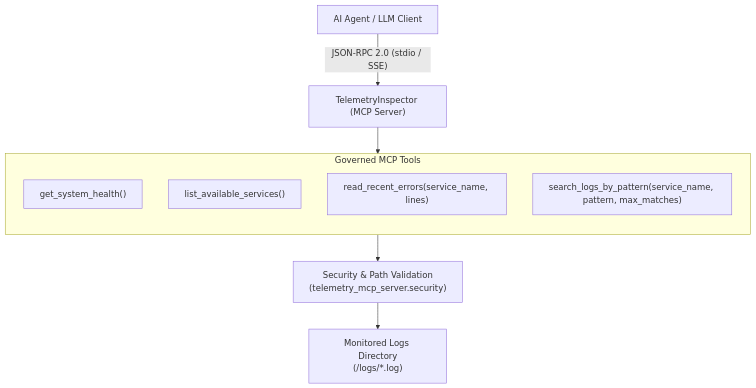
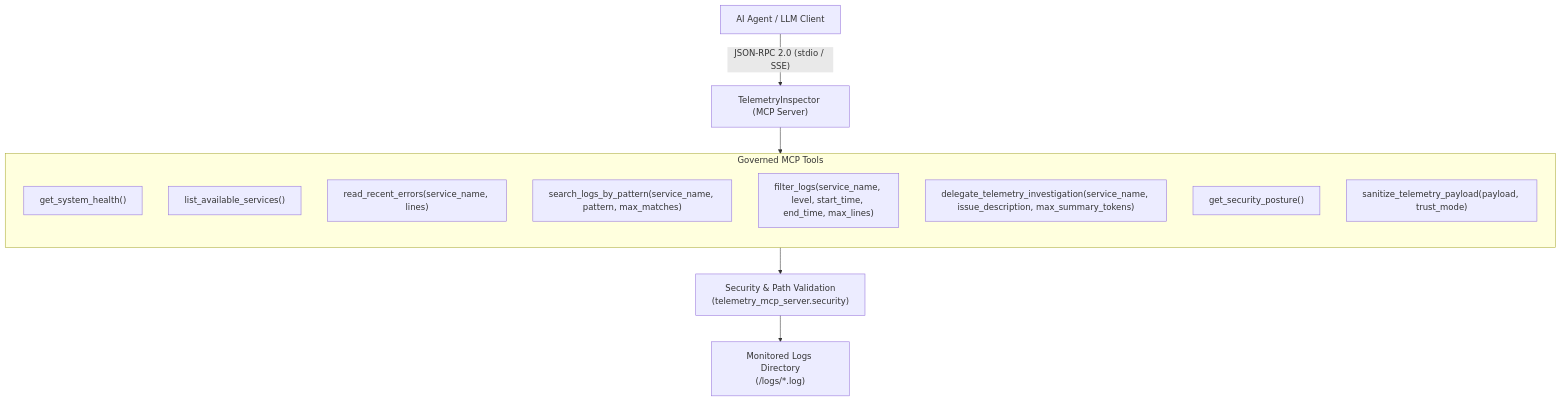
One commit to RESTfulInSeattle/Hybrid_Trust_Telemetry_MCP_Server changed the first of 3 diagrams in docs/tools_reference.md. Above: the diagram before and after it, drawn with Mermaid. The commit also changed other lines of this file and 24 other files, not shown here.

First line of the commit message:
Roadmap Phase 4 Implementation

````diff
--- a/docs/tools_reference.md
+++ b/docs/tools_reference.md
@@ -16,16 +16,20 @@
 ```mermaid
 flowchart TD
     LLM["AI Agent / LLM Client"] -->|"JSON-RPC 2.0 (stdio / SSE)"| MCP["TelemetryInspector (MCP Server)"]
     
     subgraph Tools["Governed MCP Tools"]
         direction TB
         T1["get_system_health()"]
         T2["list_available_services()"]
         T3["read_recent_errors(service_name, lines)"]
         T4["search_logs_by_pattern(service_name, pattern, max_matches)"]
+        T5["filter_logs(service_name, level, start_time, end_time, max_lines)"]
+        T6["delegate_telemetry_investigation(service_name, issue_description, max_summary_tokens)"]
+        T7["get_security_posture()"]
+        T8["sanitize_telemetry_payload(payload, trust_mode)"]
     end
 
     MCP --> Tools
     Tools --> Security["Security & Path Validation<br/>(telemetry_mcp_server.security)"]
     Security --> Storage["Monitored Logs Directory<br/>(/logs/*.log)"]
 ```
````
